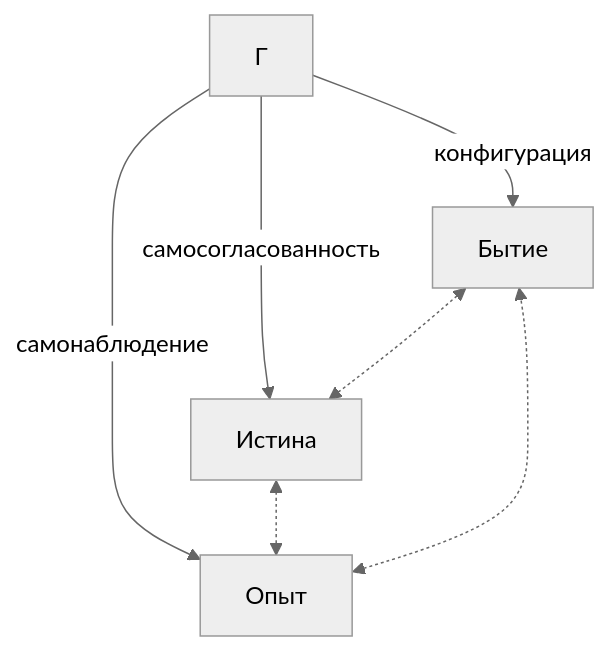
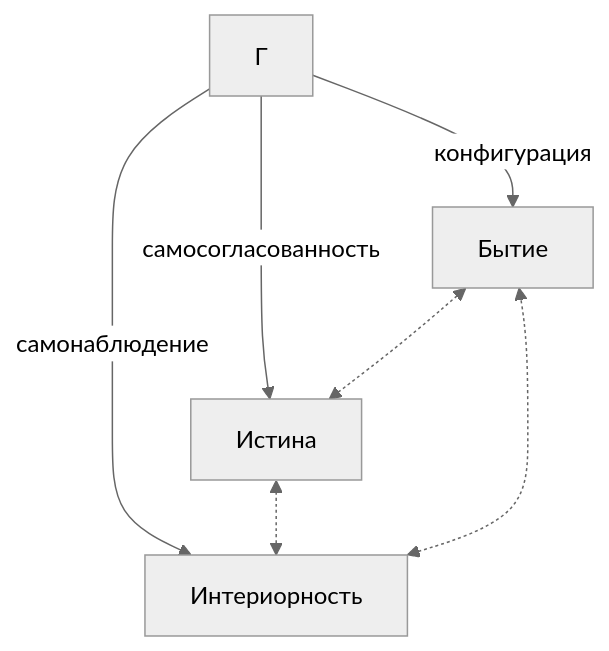
One commit to uhm-theory/holon changed the first of 2 diagrams in website/docs/core/foundations/consequences.md. Above: the diagram before and after it, drawn with Mermaid (neutral theme). The commit also changed other lines of this file and 44 other files, not shown here.

````diff
--- a/website/docs/core/foundations/consequences.md
+++ b/website/docs/core/foundations/consequences.md
@@ -223,9 +223,9 @@
 ```mermaid
 graph TD
     G[Γ] --> |конфигурация| B[Бытие]
     G --> |самосогласованность| T[Истина]
-    G --> |самонаблюдение| E[Опыт]
+    G --> |самонаблюдение| E[Интериорность]
     B <-.-> T
     T <-.-> E
     E <-.-> B
 ```
````
